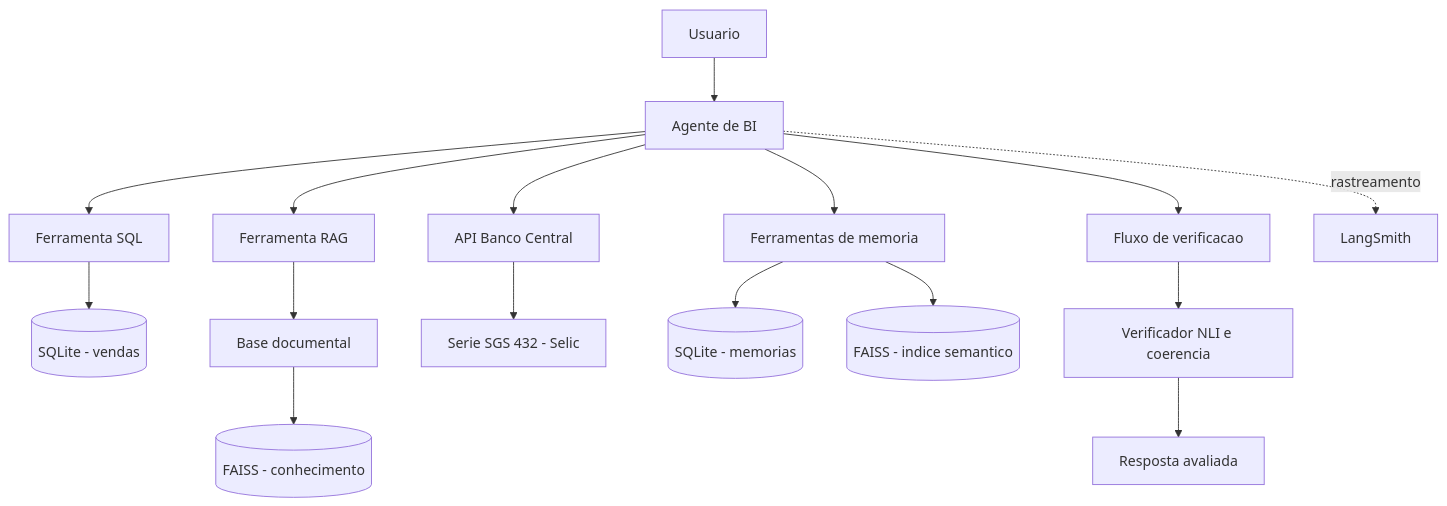
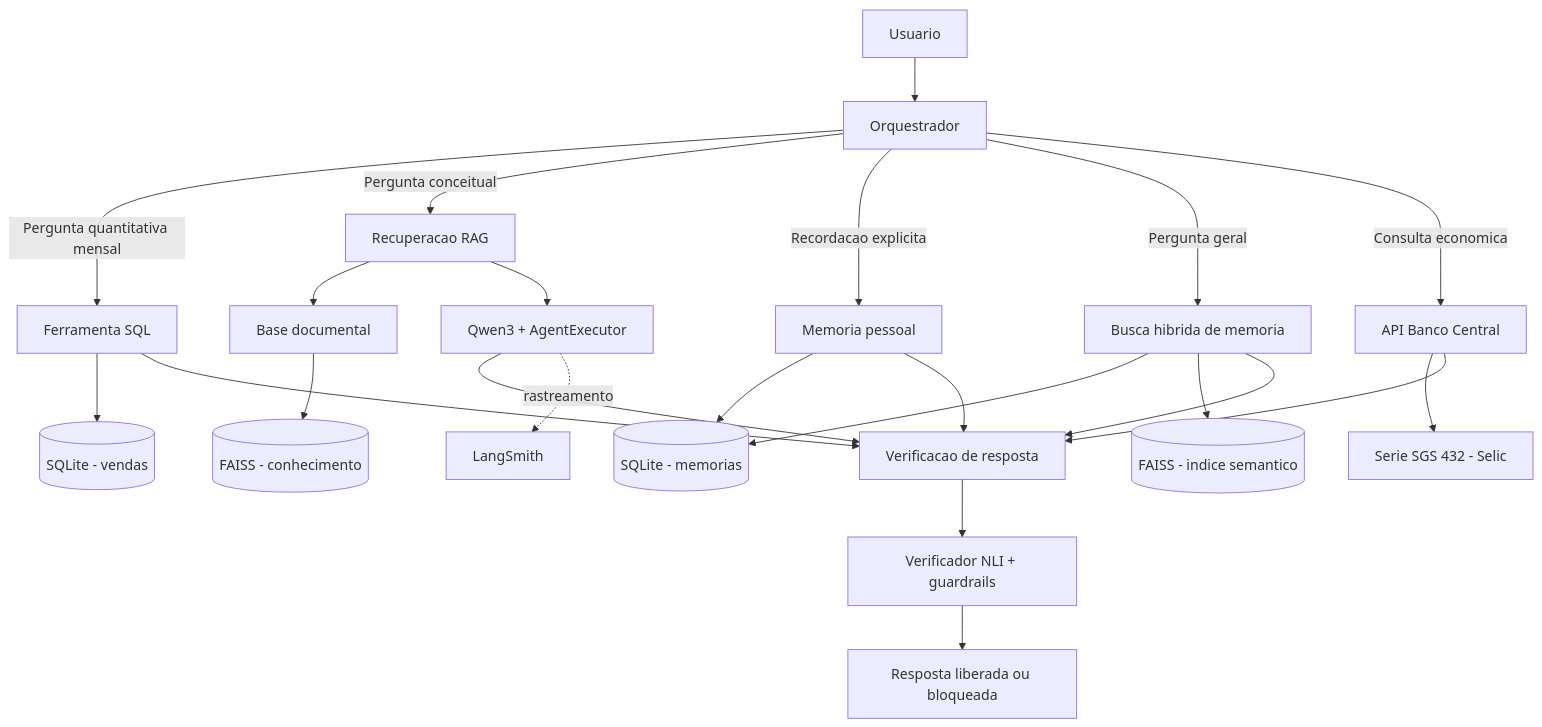
Before and after one commit to vitorturcisn/business-intelligence-agent: the diagram in README.md, drawn with Mermaid. The commit also changed other lines of this file, not shown here.

Commit message:
docs: update architecture and local agent documentation

````diff
--- a/README.md
+++ b/README.md
@@ -13,22 +13,27 @@
 ```mermaid
 flowchart TD
-    U[Usuario] --> A[Agente de BI]
-    A --> SQL[Ferramenta SQL]
-    A --> RAG[Ferramenta RAG]
-    A --> BCB[API Banco Central]
-    A --> MEM[Ferramentas de memoria]
+    U[Usuario] --> O[Orquestrador]
+    O -->|Pergunta quantitativa mensal| SQL[Ferramenta SQL]
+    O -->|Pergunta conceitual| RAG[Recuperacao RAG]
+    O -->|Recordacao explicita| PM[Memoria pessoal]
+    O -->|Pergunta geral| HM[Busca hibrida de memoria]
+    O -->|Consulta economica| BCB[API Banco Central]
 
     SQL --> DB[(SQLite - vendas)]
     RAG --> KB[Base documental]
     KB --> FAISS[(FAISS - conhecimento)]
+    RAG --> Q[Qwen3 + AgentExecutor]
+    HM --> MDB[(SQLite - memorias)]
+    HM --> VDB[(FAISS - indice semantico)]
+    PM --> MDB
     BCB --> SGS[Serie SGS 432 - Selic]
 
-    MEM --> MDB[(SQLite - memorias)]
-    MEM --> VDB[(FAISS - indice semantico)]
-
-    A --> V[Fluxo de verificacao]
-    V --> NLI[Verificador NLI e coerencia]
-    NLI --> RESP[Resposta avaliada]
-
-    A -. rastreamento .-> LS[LangSmith]
+    Q --> V[Verificacao de resposta]
+    SQL --> V
+    PM --> V
+    HM --> V
+    BCB --> V
+    V --> NLI[Verificador NLI + guardrails]
+    NLI --> RESP[Resposta liberada ou bloqueada]
+    Q -. rastreamento .-> LS[LangSmith]
 ```
````
